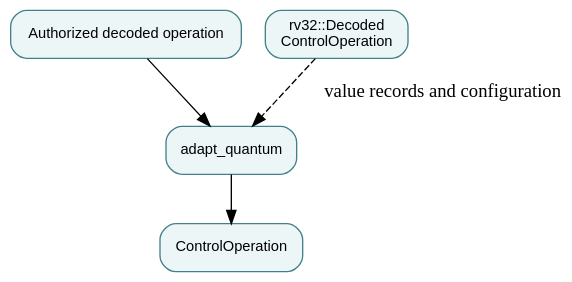
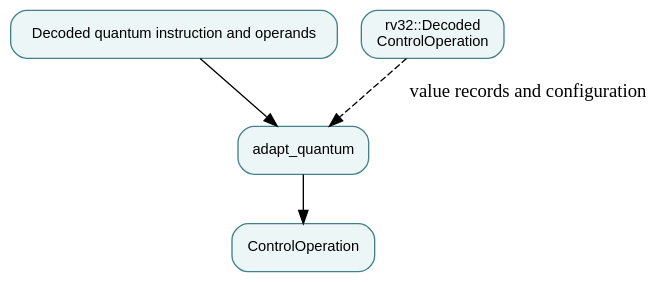
The diagram in docs/modules/quantum-instruction-adapter.md (qsbit-org/qsbit-sim), drawn with Graphviz before and after one commit. The commit also changed other lines of this file and 53 other files, not shown here.

````diff
--- a/docs/modules/quantum-instruction-adapter.md
+++ b/docs/modules/quantum-instruction-adapter.md
@@ -12,11 +12,11 @@
 ```{graphviz}
 digraph module {
   rankdir=TB; bgcolor="transparent";
   node [shape=box, style="rounded,filled", fillcolor="#edf6f7", color="#43818a", fontname="sans-serif", fontsize=11];
-  input [label="Authorized decoded operation"];
+  input [label="Decoded quantum instruction and operands"];
   owner [label="adapt_quantum"];
   state [label="rv32::Decoded\nControlOperation"];
   output [label="ControlOperation"];
   input -> owner; owner -> output; state -> owner [style=dashed, label="value records and configuration"];
 }
 ```
````
